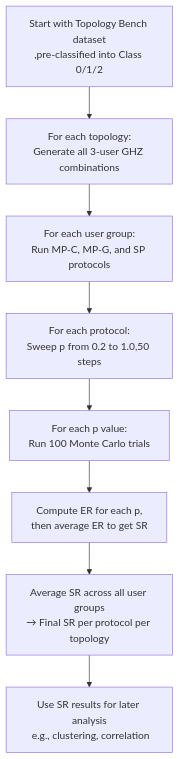
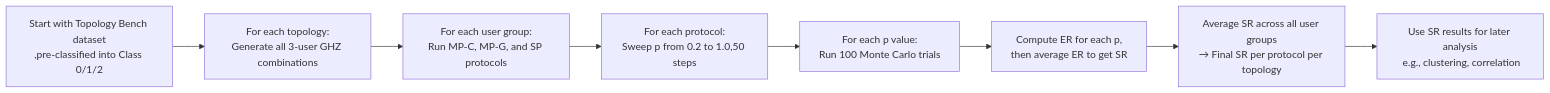
One commit to aoa1213/process-update changed the second of 2 diagrams in code_understanding/graph_manager.md. Above: the diagram before and after it, drawn with Mermaid.

````diff
--- a/code_understanding/graph_manager.md
+++ b/code_understanding/graph_manager.md
@@ -29,19 +29,19 @@
 ```mermaid 
-flowchart TD
+flowchart LR
     A[Start with Topology Bench dataset<br/>,pre-classified into Class 0/1/2]
     B[For each topology:<br/>Generate all 3-user GHZ combinations]
     C[For each user group:<br/>Run MP-C, MP-G, and SP protocols]
     D[For each protocol:<br/>Sweep p from 0.2 to 1.0,50 steps]
     E[For each p value:<br/>Run 100 Monte Carlo trials]
     F[Compute ER for each p,<br/>then average ER to get SR]
     G[Average SR across all user groups<br/>→ Final SR per protocol per topology]
     H[Use SR results for later analysis<br/> e.g., clustering, correlation]
 
     A --> B 
     B --> C 
     C --> D 
     D --> E 
     E --> F 
     F --> G 
     G --> H
 ```
````
